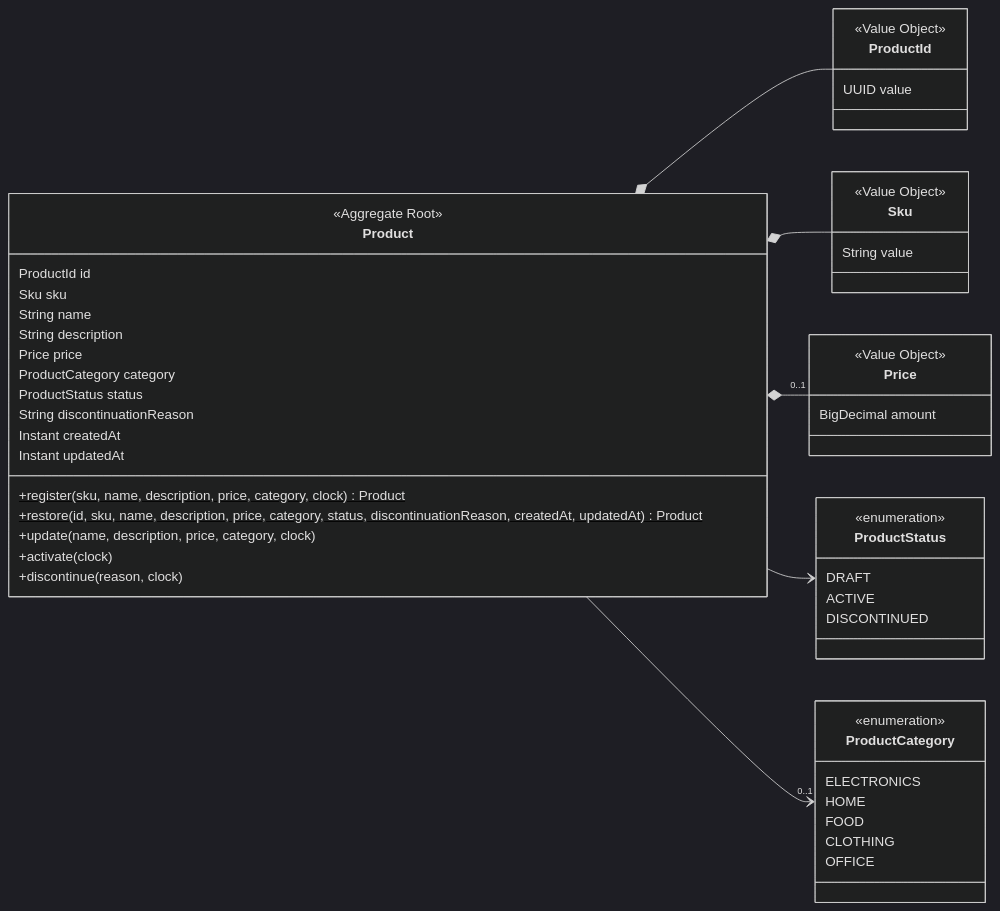
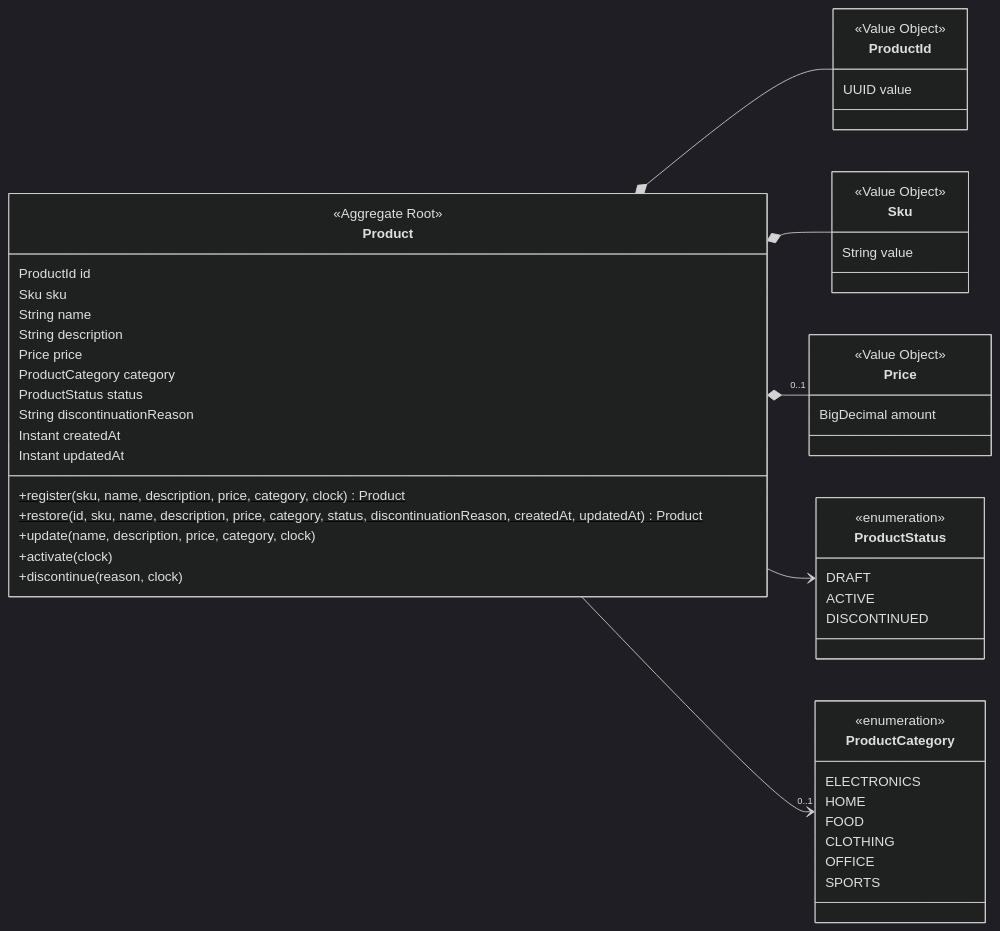
One commit to GalaxyTraining/CURS-000658-AI-SDD-F4 changed the diagram in specs/architecture/domain-model.md. Above: the diagram before and after it, drawn with Mermaid (dark theme).

Commit message:
design: SPORTS en el enum ProductCategory del modelo de dominio

````diff
--- a/specs/architecture/domain-model.md
+++ b/specs/architecture/domain-model.md
@@ -20,60 +20,61 @@
 ```mermaid
 classDiagram
     direction LR
 
     class Product {
         <<Aggregate Root>>
         ProductId id
         Sku sku
         String name
         String description
         Price price
         ProductCategory category
         ProductStatus status
         String discontinuationReason
         Instant createdAt
         Instant updatedAt
         +register(sku, name, description, price, category, clock)$ Product
         +restore(id, sku, name, description, price, category, status, discontinuationReason, createdAt, updatedAt)$ Product
         +update(name, description, price, category, clock)
         +activate(clock)
         +discontinue(reason, clock)
     }
 
     class ProductId {
         <<Value Object>>
         UUID value
     }
 
     class Sku {
         <<Value Object>>
         String value
     }
 
     class Price {
         <<Value Object>>
         BigDecimal amount
     }
 
     class ProductStatus {
         <<enumeration>>
         DRAFT
         ACTIVE
         DISCONTINUED
     }
 
     class ProductCategory {
         <<enumeration>>
         ELECTRONICS
         HOME
         FOOD
         CLOTHING
         OFFICE
+        SPORTS
     }
 
     Product *-- ProductId
     Product *-- Sku
     Product *-- "0..1" Price
     Product --> ProductStatus
     Product --> "0..1" ProductCategory
 ```
````
